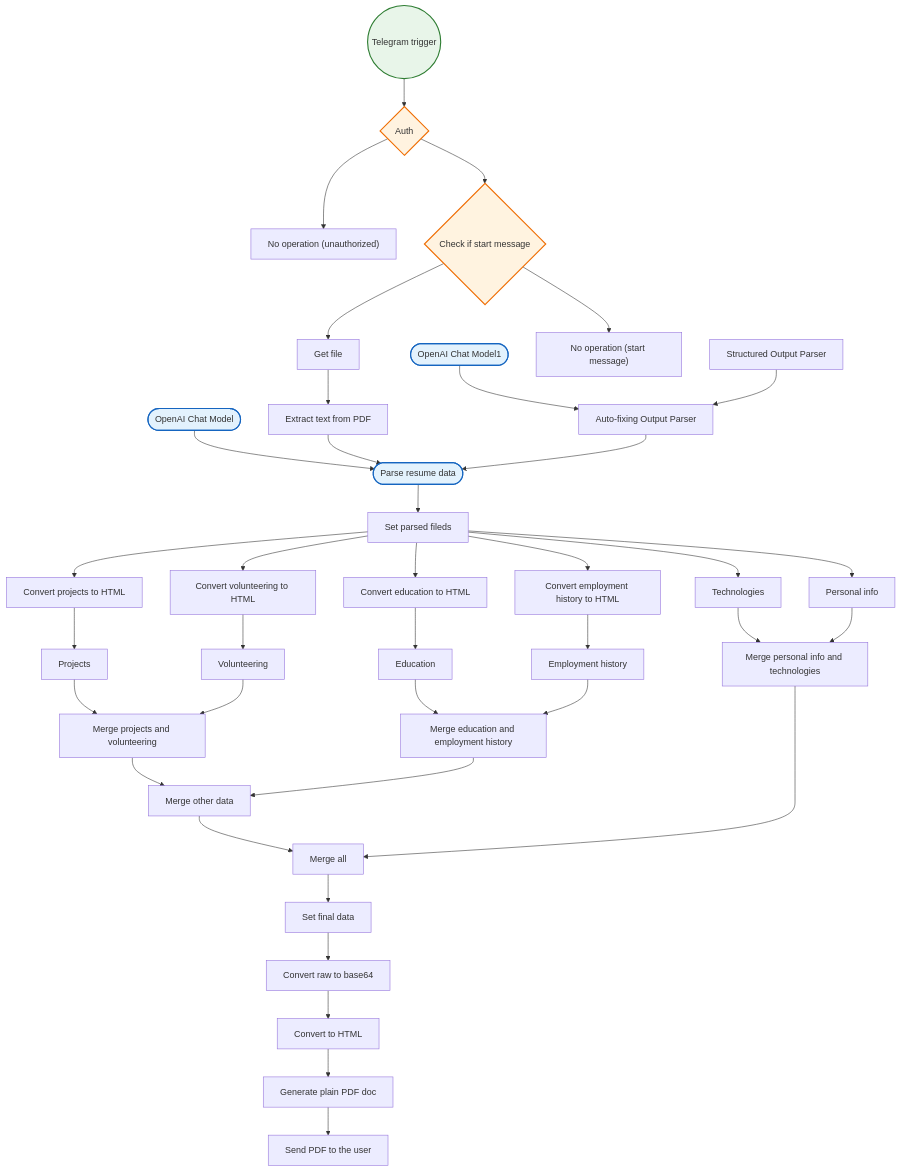
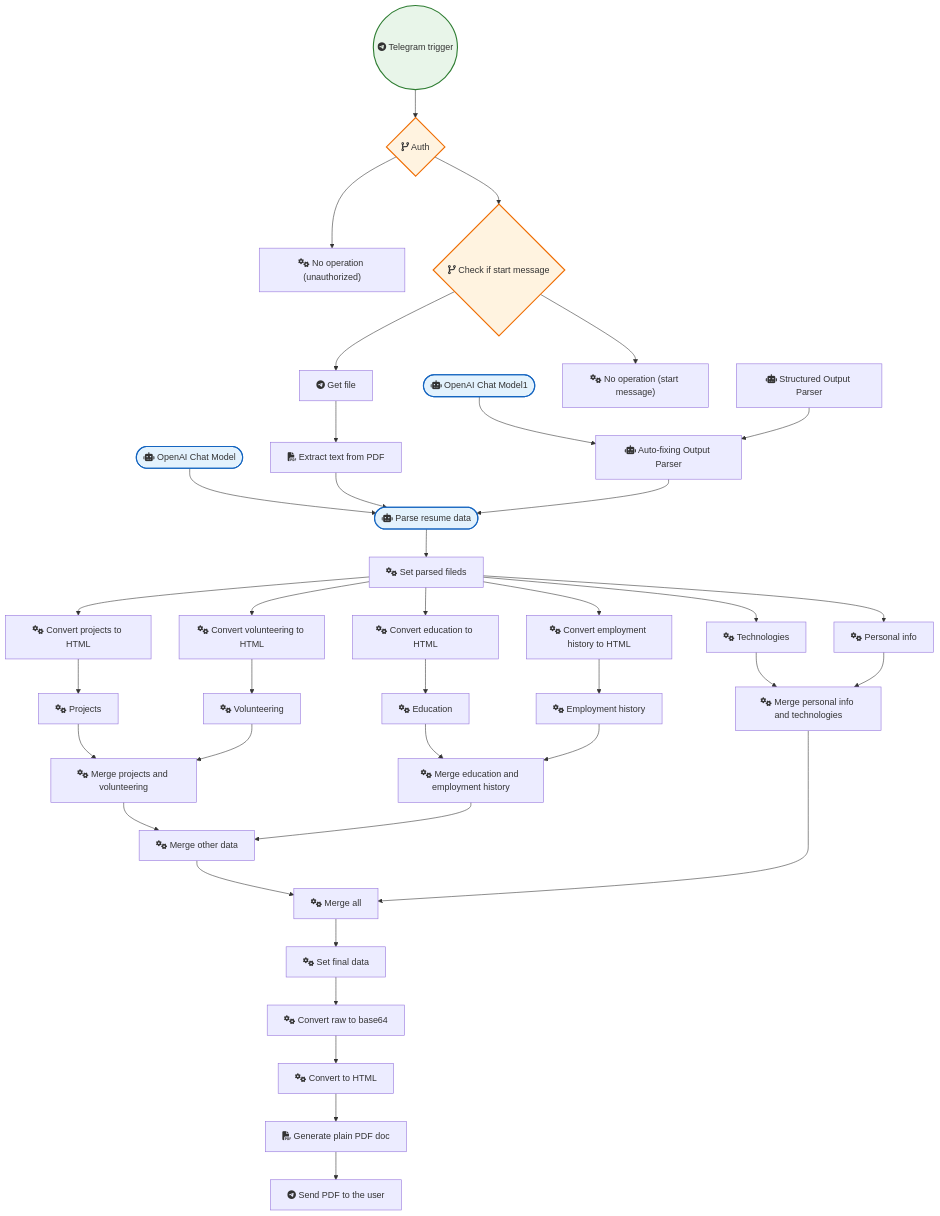
One commit to sreyash3105/N8N-DEMO-AUTOMATIONS changed the diagram in PDF_and_Document_Processing/Extract data from resume and create PDF with Gotenberg.md. Above: the diagram before and after it, drawn with Mermaid. The commit also changed 291 other files, not shown here.

````diff
--- a/PDF_and_Document_Processing/Extract data from resume and create PDF with Gotenberg.md
+++ b/PDF_and_Document_Processing/Extract data from resume and create PDF with Gotenberg.md
@@ -1,78 +1,78 @@
 ```mermaid
 graph TD
     classDef trigger fill:#e8f5e9,stroke:#2e7d32,stroke-width:2px;
     classDef ai fill:#e3f2fd,stroke:#1565c0,stroke-width:2px;
     classDef logic fill:#fff3e0,stroke:#ef6c00,stroke-width:2px;
 
-    OpenAI_Chat_Model(["OpenAI Chat Model"]):::ai
-    Convert_education_to_HTML["Convert education to HTML"]
-    Auto_fixing_Output_Parser["Auto-fixing Output Parser"]
-    OpenAI_Chat_Model1(["OpenAI Chat Model1"]):::ai
-    Structured_Output_Parser["Structured Output Parser"]
-    Convert_employment_history_to_HTML["Convert employment history to HTML"]
-    Convert_projects_to_HTML["Convert projects to HTML"]
-    Convert_volunteering_to_HTML["Convert volunteering to HTML"]
-    Telegram_trigger(("Telegram trigger")):::trigger
-    Auth{"Auth"}:::logic
-    No_operation__unauthorized_["No operation (unauthorized)"]
-    Check_if_start_message{"Check if start message"}:::logic
-    No_operation__start_message_["No operation (start message)"]
-    Get_file["Get file"]
-    Extract_text_from_PDF["Extract text from PDF"]
-    Set_parsed_fileds["Set parsed fileds"]
-    Personal_info["Personal info"]
-    Technologies["Technologies"]
-    Employment_history["Employment history"]
-    Education["Education"]
-    Projects["Projects"]
-    Volunteering["Volunteering"]
-    Merge_education_and_employment_history["Merge education and employment history"]
-    Merge_projects_and_volunteering["Merge projects and volunteering"]
-    Merge_personal_info_and_technologies["Merge personal info and technologies"]
-    Merge_all["Merge all"]
-    Set_final_data["Set final data"]
-    Convert_raw_to_base64["Convert raw to base64"]
-    Convert_to_HTML["Convert to HTML"]
-    Generate_plain_PDF_doc["Generate plain PDF doc"]
-    Send_PDF_to_the_user["Send PDF to the user"]
-    Parse_resume_data(["Parse resume data"]):::ai
-    Merge_other_data["Merge other data"]
+    OpenAI_Chat_Model(["fas:fa-robot OpenAI Chat Model"]):::ai
+    Convert_education_to_HTML["fas:fa-cogs Convert education to HTML"]
+    Auto_fixing_Output_Parser["fas:fa-robot Auto-fixing Output Parser"]
+    OpenAI_Chat_Model1(["fas:fa-robot OpenAI Chat Model1"]):::ai
+    Structured_Output_Parser["fas:fa-robot Structured Output Parser"]
+    Convert_employment_history_to_HTML["fas:fa-cogs Convert employment history to HTML"]
+    Convert_projects_to_HTML["fas:fa-cogs Convert projects to HTML"]
+    Convert_volunteering_to_HTML["fas:fa-cogs Convert volunteering to HTML"]
+    Telegram_trigger(("fab:fa-telegram Telegram trigger")):::trigger
+    Auth{"fas:fa-code-branch Auth"}:::logic
+    No_operation__unauthorized_["fas:fa-cogs No operation (unauthorized)"]
+    Check_if_start_message{"fas:fa-code-branch Check if start message"}:::logic
+    No_operation__start_message_["fas:fa-cogs No operation (start message)"]
+    Get_file["fab:fa-telegram Get file"]
+    Extract_text_from_PDF["fas:fa-file-pdf Extract text from PDF"]
+    Set_parsed_fileds["fas:fa-cogs Set parsed fileds"]
+    Personal_info["fas:fa-cogs Personal info"]
+    Technologies["fas:fa-cogs Technologies"]
+    Employment_history["fas:fa-cogs Employment history"]
+    Education["fas:fa-cogs Education"]
+    Projects["fas:fa-cogs Projects"]
+    Volunteering["fas:fa-cogs Volunteering"]
+    Merge_education_and_employment_history["fas:fa-cogs Merge education and employment history"]
+    Merge_projects_and_volunteering["fas:fa-cogs Merge projects and volunteering"]
+    Merge_personal_info_and_technologies["fas:fa-cogs Merge personal info and technologies"]
+    Merge_all["fas:fa-cogs Merge all"]
+    Set_final_data["fas:fa-cogs Set final data"]
+    Convert_raw_to_base64["fas:fa-cogs Convert raw to base64"]
+    Convert_to_HTML["fas:fa-cogs Convert to HTML"]
+    Generate_plain_PDF_doc["fas:fa-file-pdf Generate plain PDF doc"]
+    Send_PDF_to_the_user["fab:fa-telegram Send PDF to the user"]
+    Parse_resume_data(["fas:fa-robot Parse resume data"]):::ai
+    Merge_other_data["fas:fa-cogs Merge other data"]
 
     Auth --> Check_if_start_message
     Auth --> No_operation__unauthorized_
     Get_file --> Extract_text_from_PDF
     Projects --> Merge_projects_and_volunteering
     Education --> Merge_education_and_employment_history
     Merge_all --> Set_final_data
     Technologies --> Merge_personal_info_and_technologies
     Volunteering --> Merge_projects_and_volunteering
     Personal_info --> Merge_personal_info_and_technologies
     Set_final_data --> Convert_raw_to_base64
     Convert_to_HTML --> Generate_plain_PDF_doc
     Merge_other_data --> Merge_all
     Telegram_trigger --> Auth
     OpenAI_Chat_Model --> Parse_resume_data
     Parse_resume_data --> Set_parsed_fileds
     Set_parsed_fileds --> Convert_employment_history_to_HTML
     Set_parsed_fileds --> Convert_education_to_HTML
     Set_parsed_fileds --> Convert_projects_to_HTML
     Set_parsed_fileds --> Personal_info
     Set_parsed_fileds --> Convert_volunteering_to_HTML
     Set_parsed_fileds --> Technologies
     Employment_history --> Merge_education_and_employment_history
     OpenAI_Chat_Model1 --> Auto_fixing_Output_Parser
     Convert_raw_to_base64 --> Convert_to_HTML
     Extract_text_from_PDF --> Parse_resume_data
     Check_if_start_message --> Get_file
     Check_if_start_message --> No_operation__start_message_
     Generate_plain_PDF_doc --> Send_PDF_to_the_user
     Convert_projects_to_HTML --> Projects
     Structured_Output_Parser --> Auto_fixing_Output_Parser
     Auto_fixing_Output_Parser --> Parse_resume_data
     Convert_education_to_HTML --> Education
     Convert_volunteering_to_HTML --> Volunteering
     Merge_projects_and_volunteering --> Merge_other_data
     Convert_employment_history_to_HTML --> Employment_history
     Merge_personal_info_and_technologies --> Merge_all
     Merge_education_and_employment_history --> Merge_other_data
 ```
````
